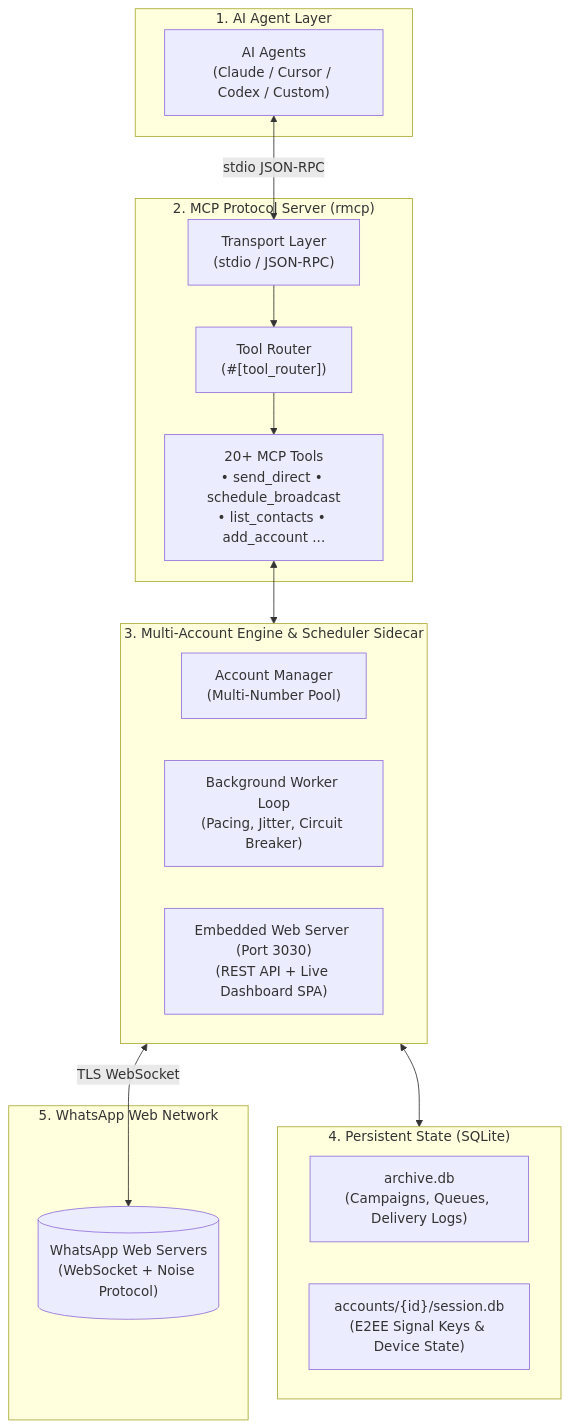
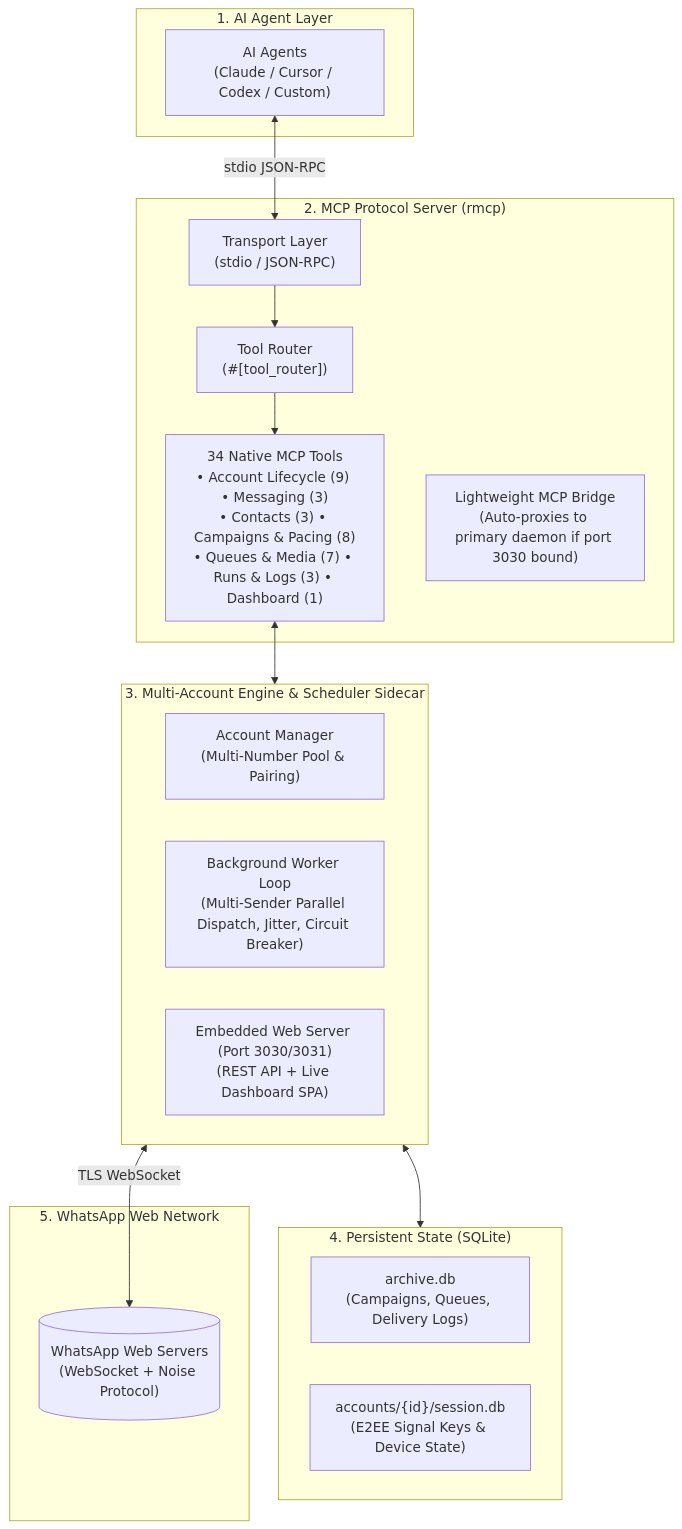
Before and after one commit to Akin01/wasche: the diagram in README.md, drawn with Mermaid. The commit also changed other lines of this file and 6 other files, not shown here.

````diff
--- a/README.md
+++ b/README.md
@@ -36,32 +36,32 @@
 ```mermaid
 flowchart TB
     subgraph AgentLayer["1. AI Agent Layer"]
         LLM["AI Agents\n(Claude / Cursor / Codex / Custom)"]
     end
 
     subgraph MCPLayer["2. MCP Protocol Server (rmcp)"]
         Transport["Transport Layer\n(stdio / JSON-RPC)"]
         Router["Tool Router\n(#[tool_router])"]
-        Tools["20+ MCP Tools\n• send_direct • schedule_broadcast\n• list_contacts • add_account ..."]
+        Tools["34 Native MCP Tools\n• Account Lifecycle (9) • Messaging (3)\n• Contacts (3) • Campaigns & Pacing (8)\n• Queues & Media (7) • Runs & Logs (3) • Dashboard (1)"]
+        Bridge["Lightweight MCP Bridge\n(Auto-proxies to primary daemon if port 3030 bound)"]
     end
 
     subgraph CoreEngine["3. Multi-Account Engine & Scheduler Sidecar"]
-        Manager["Account Manager\n(Multi-Number Pool)"]
-        Sidecar["Background Worker Loop\n(Pacing, Jitter, Circuit Breaker)"]
-        HTTP["Embedded Web Server (Port 3030)\n(REST API + Live Dashboard SPA)"]
+        Manager["Account Manager\n(Multi-Number Pool & Pairing)"]
+        Sidecar["Background Worker Loop\n(Multi-Sender Parallel Dispatch, Jitter, Circuit Breaker)"]
+        HTTP["Embedded Web Server (Port 3030/3031)\n(REST API + Live Dashboard SPA)"]
     end
-
     subgraph StorageLayer["4. Persistent State (SQLite)"]
         DB["archive.db\n(Campaigns, Queues, Delivery Logs)"]
         Sessions["accounts/{id}/session.db\n(E2EE Signal Keys & Device State)"]
     end
 
     subgraph WhatsAppNet["5. WhatsApp Web Network"]
         WACluster[("WhatsApp Web Servers\n(WebSocket + Noise Protocol)")]
     end
 
     LLM <-->|stdio JSON-RPC| Transport --> Router --> Tools
     Tools <--> CoreEngine
     CoreEngine <--> StorageLayer
     CoreEngine <-->|TLS WebSocket| WACluster
 ```
````
